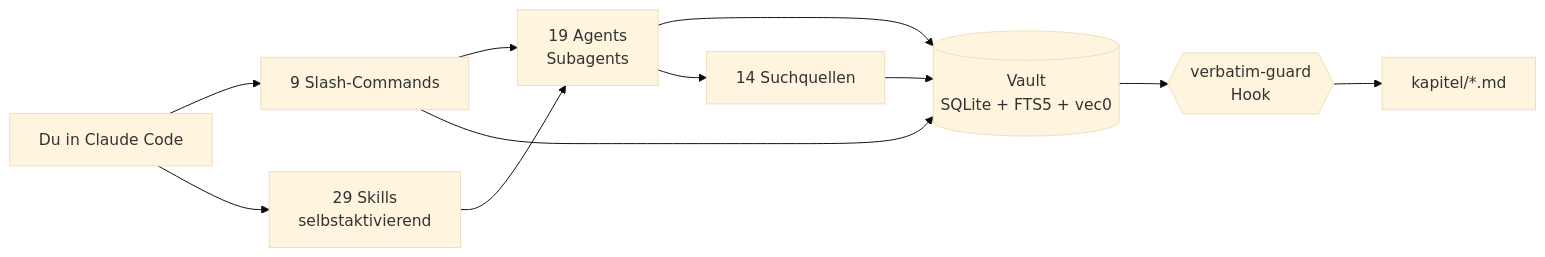
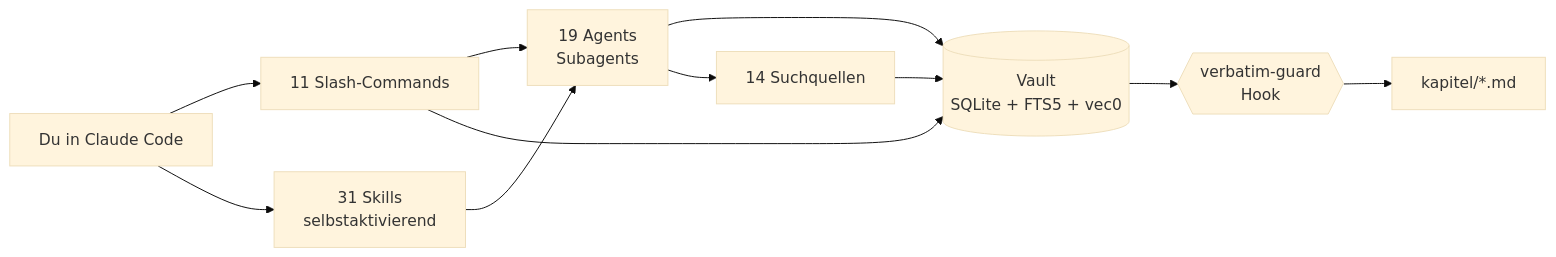
One commit to ahlerjam/academic-research changed the diagram in README.md. Above: the diagram before and after it, drawn with Mermaid (base theme). The commit also changed other lines of this file and 34 other files, not shown here.

````diff
--- a/README.md
+++ b/README.md
@@ -75,13 +75,13 @@
 ```mermaid
 graph LR
-    U[Du in Claude Code] --> C[9 Slash-Commands]
-    U --> S[29 Skills<br/>selbstaktivierend]
+    U[Du in Claude Code] --> C[11 Slash-Commands]
+    U --> S[31 Skills<br/>selbstaktivierend]
     C --> A[19 Agents<br/>Subagents]
     S --> A
     A --> V[(Vault<br/>SQLite + FTS5 + vec0)]
     C --> V
     A --> Q[14 Suchquellen]
     Q --> V
     V --> H{{verbatim-guard<br/>Hook}}
     H --> K[kapitel/*.md]
 ```
````
